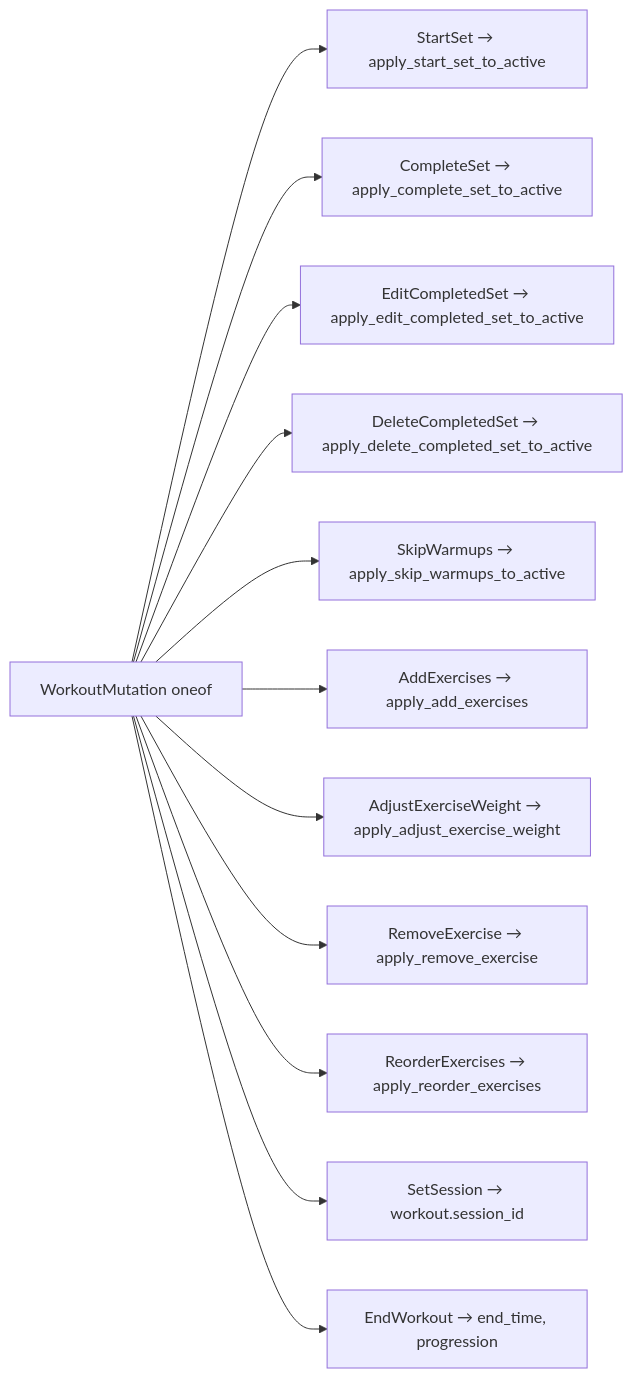
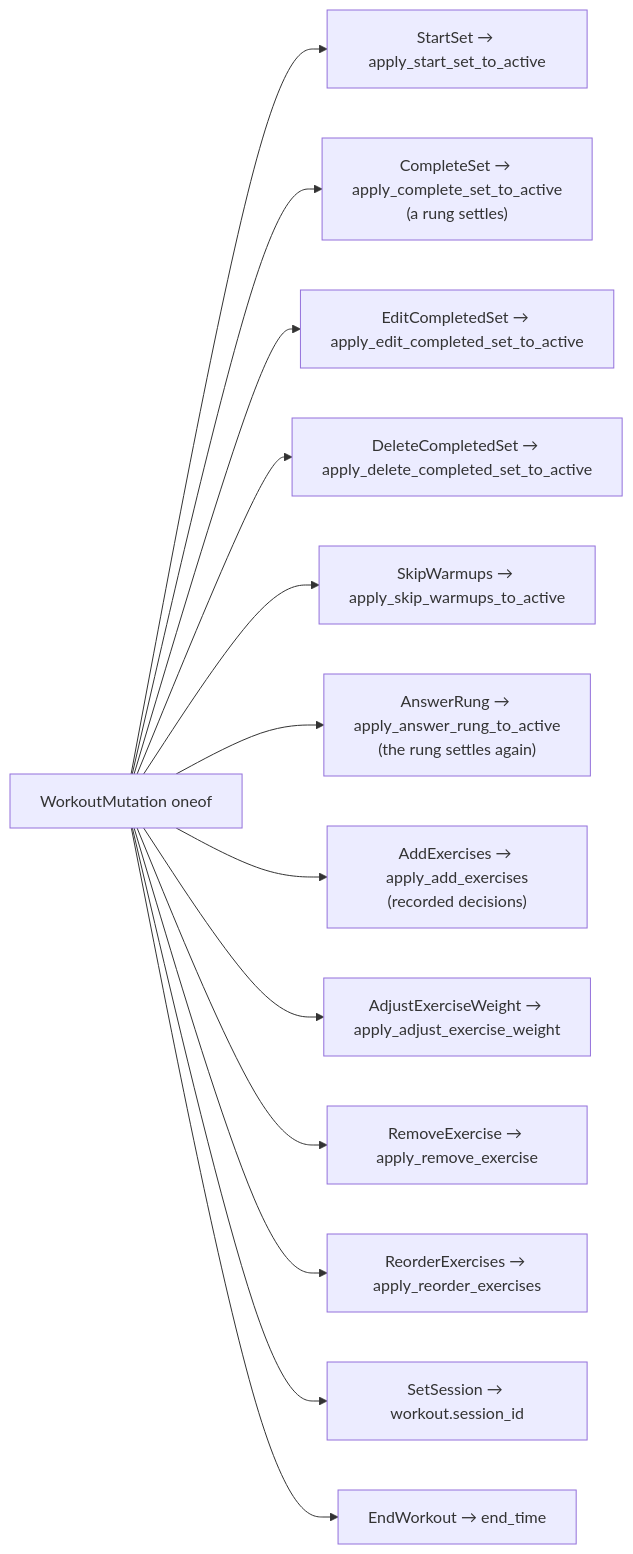
The sixth of 7 diagrams in docs/architecture/workout-lifecycle.md (brensch/lift), drawn with Mermaid before and after one commit. The commit also changed other lines of this file and 160 other files, not shown here.

````diff
--- a/docs/architecture/workout-lifecycle.md
+++ b/docs/architecture/workout-lifecycle.md
@@ -212,14 +477,15 @@
 ```mermaid
 graph LR
     m["WorkoutMutation oneof"] --> t1["StartSet → apply_start_set_to_active"]
-    m --> t2["CompleteSet → apply_complete_set_to_active"]
+    m --> t2["CompleteSet → apply_complete_set_to_active<br/>(a rung settles)"]
     m --> t3["EditCompletedSet → apply_edit_completed_set_to_active"]
     m --> t4["DeleteCompletedSet → apply_delete_completed_set_to_active"]
     m --> t6["SkipWarmups → apply_skip_warmups_to_active"]
-    m --> t7["AddExercises → apply_add_exercises"]
+    m --> t13["AnswerRung → apply_answer_rung_to_active<br/>(the rung settles again)"]
+    m --> t7["AddExercises → apply_add_exercises<br/>(recorded decisions)"]
     m --> t8["AdjustExerciseWeight → apply_adjust_exercise_weight"]
     m --> t9["RemoveExercise → apply_remove_exercise"]
     m --> t10["ReorderExercises → apply_reorder_exercises"]
     m --> t11["SetSession → workout.session_id"]
-    m --> t12["EndWorkout → end_time, progression"]
+    m --> t12["EndWorkout → end_time"]
 ```
````
